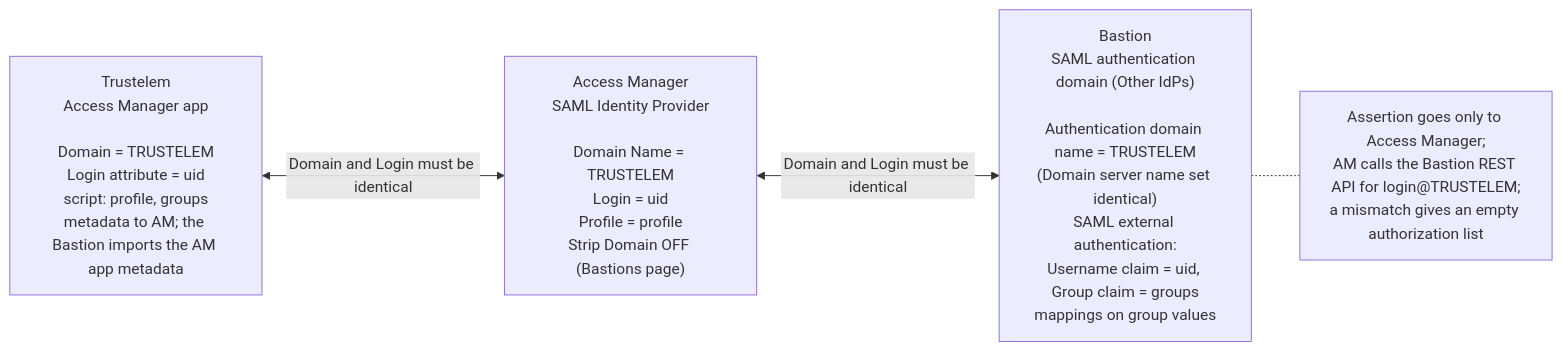
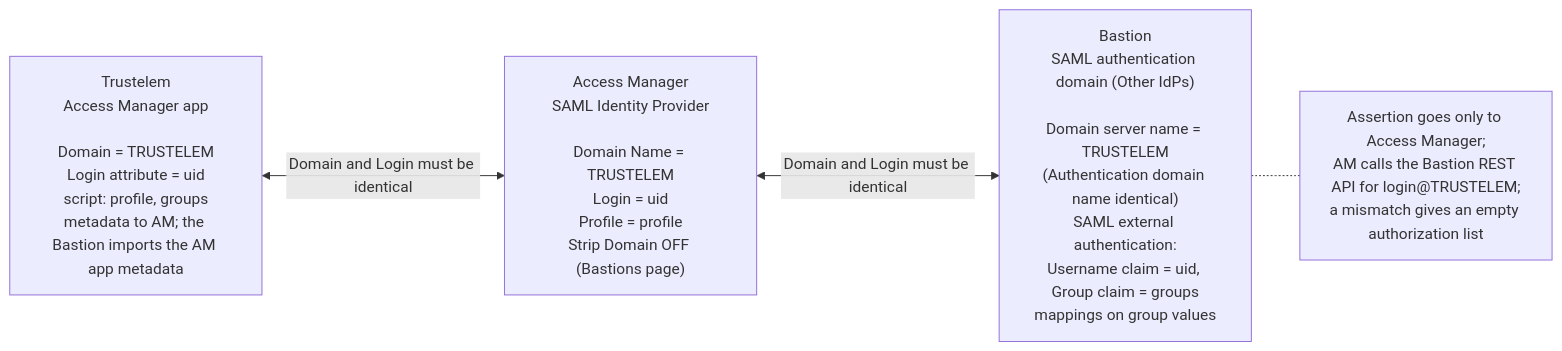
Before and after one commit to morandeirachema/Trustelem-: the diagram in tools/diagrams/11-naming-consistency.mmd, drawn with Mermaid. The commit also changed 20 other files, not shown here.

Commit message:
Audit pass 4: domain-name rule follows the product guides; Trustelem and Access Manager claims re-sourced

```diff
--- a/tools/diagrams/11-naming-consistency.mmd
+++ b/tools/diagrams/11-naming-consistency.mmd
@@ -1,8 +1,8 @@
 flowchart LR
     T["Trustelem<br/>Access Manager app<br/><br/>Domain = TRUSTELEM<br/>Login attribute = uid<br/>script: profile, groups<br/>metadata to AM; the Bastion imports the AM app metadata"]
     AM["Access Manager<br/>SAML Identity Provider<br/><br/>Domain Name = TRUSTELEM<br/>Login = uid<br/>Profile = profile<br/>Strip Domain OFF (Bastions page)"]
-    B["Bastion<br/>SAML authentication domain (Other IdPs)<br/><br/>Authentication domain name = TRUSTELEM<br/>(Domain server name set identical)<br/>SAML external authentication:<br/>Username claim = uid, Group claim = groups<br/>mappings on group values"]
+    B["Bastion<br/>SAML authentication domain (Other IdPs)<br/><br/>Domain server name = TRUSTELEM<br/>(Authentication domain name identical)<br/>SAML external authentication:<br/>Username claim = uid, Group claim = groups<br/>mappings on group values"]
     T <-->|Domain and Login must be identical| AM
     AM <-->|Domain and Login must be identical| B
     NOTE["Assertion goes only to Access Manager;<br/>AM calls the Bastion REST API for login@TRUSTELEM;<br/>a mismatch gives an empty authorization list"]
     B -.- NOTE
```
